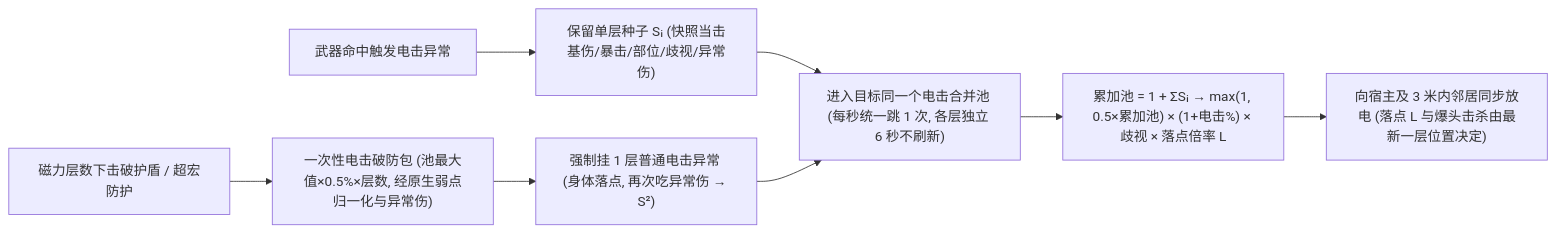
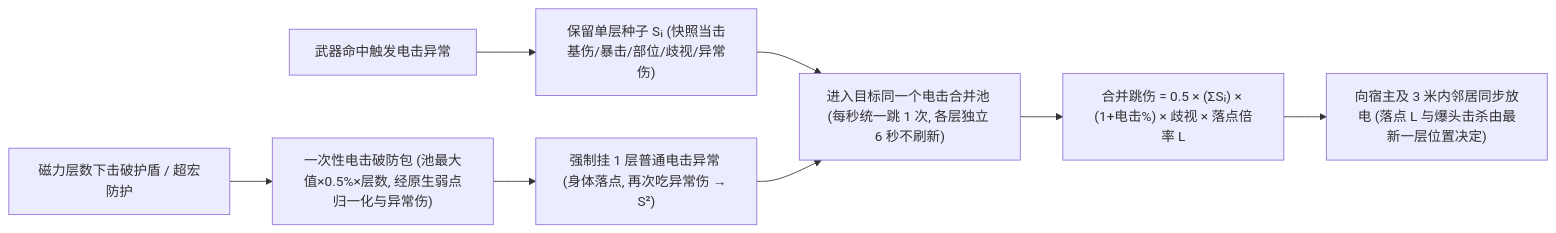
One commit to magenie33/wfsim changed the first of 2 diagrams in docs/mechanics/zh/magnetic-electricity.md. Above: the diagram before and after it, drawn with Mermaid. The commit also changed other lines of this file and 5 other files, not shown here.

````diff
--- a/docs/mechanics/zh/magnetic-electricity.md
+++ b/docs/mechanics/zh/magnetic-electricity.md
@@ -28,10 +28,10 @@
 ```mermaid
 flowchart LR
     A["武器命中触发电击异常"] --> B["保留单层种子 Sᵢ (快照当击基伤/暴击/部位/歧视/异常伤)"]
     M["磁力层数下击破护盾 / 超宏防护"] --> M1["一次性电击破防包 (池最大值×0.5%×层数, 经原生弱点归一化与异常伤)"]
     M1 --> M2["强制挂 1 层普通电击异常 (身体落点, 再次吃异常伤 → S²)"]
     B --> P["进入目标同一个电击合并池 (每秒统一跳 1 次, 各层独立 6 秒不刷新)"]
     M2 --> P
-    P --> R["累加池 = 1 + ΣSᵢ → max(1, 0.5×累加池) × (1+电击%) × 歧视 × 落点倍率 L"]
+    P --> R["合并跳伤 = 0.5 × (ΣSᵢ) × (1+电击%) × 歧视 × 落点倍率 L"]
     R --> T["向宿主及 3 米内邻居同步放电 (落点 L 与爆头击杀由最新一层位置决定)"]
 ```
````
